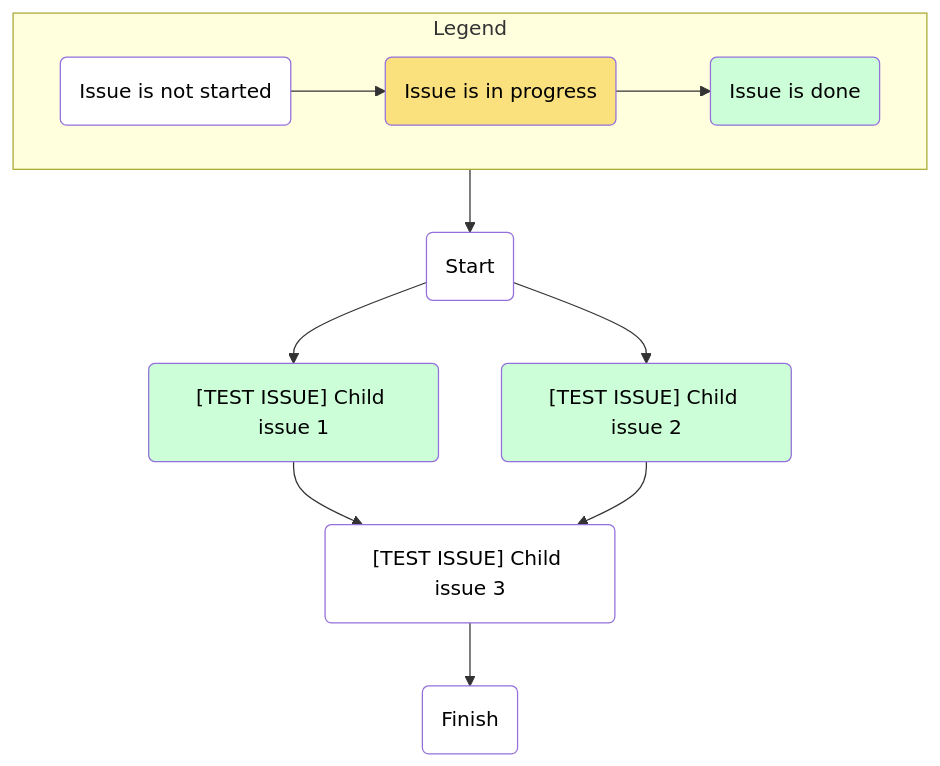
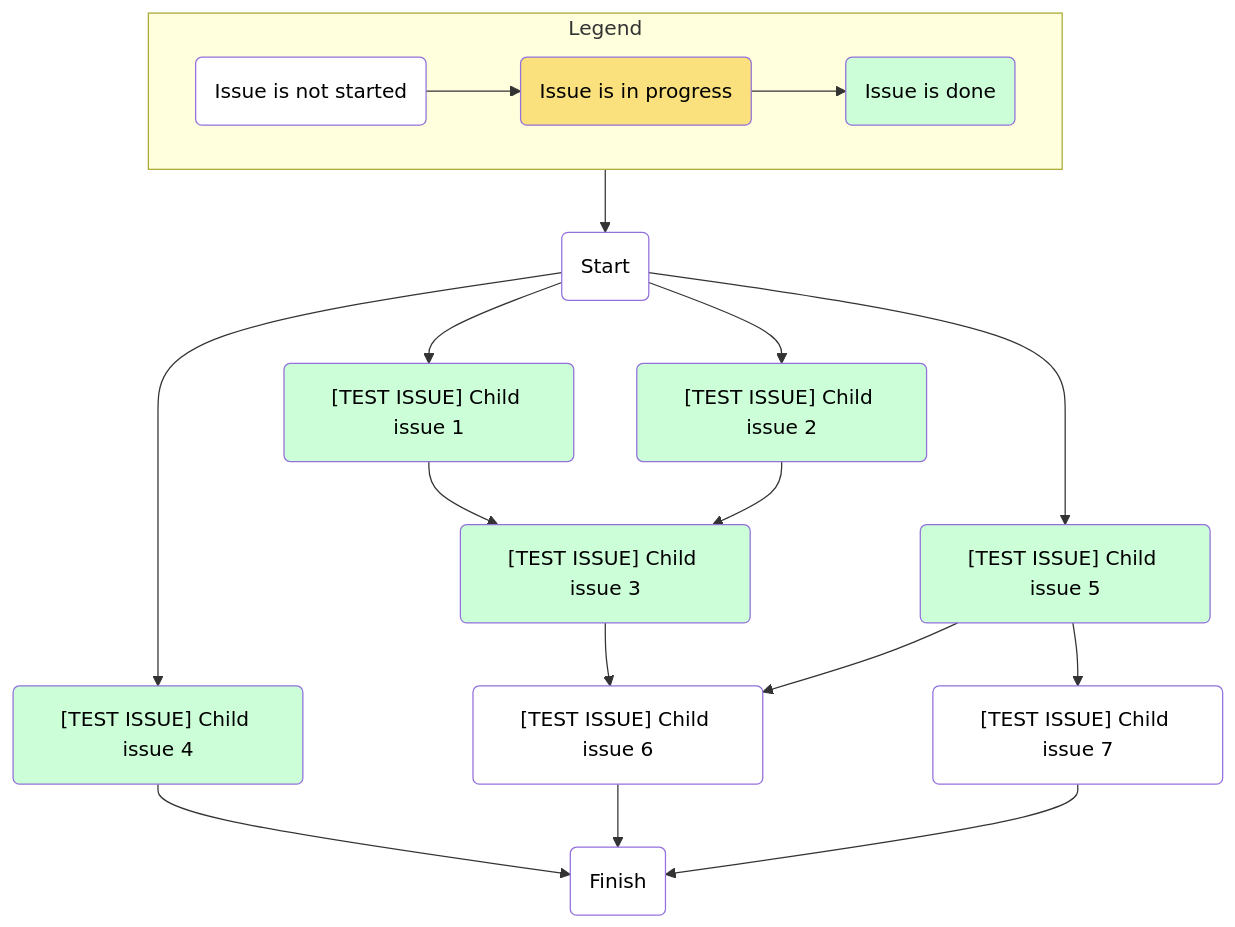
One commit to maxim-lobanov/build-issue-dependencies-graph changed the diagram in README.md. Above: the diagram before and after it, drawn with Mermaid. The commit also changed other lines of this file and 1 other file, not shown here.

````diff
--- a/README.md
+++ b/README.md
@@ -127,54 +133,73 @@
 ```mermaid
 flowchart TD
 
 %% <Legend>
 legend --> start
 subgraph legend["Legend"]
     direction LR;
     notstarted("Issue is not started"):::notstarted;
     started("Issue is in progress"):::started;
     completed("Issue is done"):::completed;
     notstarted --> started --> completed;
 end
 
 %% </Legend>
 
 
 %% <CSS>
 
 classDef notstarted fill:#FFF,color:#000;
 classDef started fill:#fae17d,color:#000;
 classDef completed fill:#ccffd8,color:#000;
 
 %% </CSS>
 
 
 %% <Issues>
 
 start("Start"):::notstarted;
 
 issue1488484564("[TEST ISSUE] Child issue 1"):::completed;
 click issue1488484564 href "https://github.com/maxim-lobanov/build-issue-dependencies-graph/issues/2" _blank;
 
 issue1488484695("[TEST ISSUE] Child issue 2"):::completed;
 click issue1488484695 href "https://github.com/maxim-lobanov/build-issue-dependencies-graph/issues/3" _blank;
 
-issue1488484833("[TEST ISSUE] Child issue 3"):::notstarted;
+issue1488484833("[TEST ISSUE] Child issue 3"):::completed;
 click issue1488484833 href "https://github.com/maxim-lobanov/build-issue-dependencies-graph/issues/4" _blank;
+
+issue1524488391("[TEST ISSUE] Child issue 4"):::completed;
+click issue1524488391 href "https://github.com/maxim-lobanov/build-issue-dependencies-graph/issues/5" _blank;
+
+issue1524488450("[TEST ISSUE] Child issue 5"):::completed;
+click issue1524488450 href "https://github.com/maxim-lobanov/build-issue-dependencies-graph/issues/6" _blank;
+
+issue1524488472("[TEST ISSUE] Child issue 6"):::notstarted;
+click issue1524488472 href "https://github.com/maxim-lobanov/build-issue-dependencies-graph/issues/7" _blank;
+
+issue1524488513("[TEST ISSUE] Child issue 7"):::notstarted;
+click issue1524488513 href "https://github.com/maxim-lobanov/build-issue-dependencies-graph/issues/8" _blank;
 
 finish("Finish"):::notstarted;
 
 %% </Issues>
 
 
 %% <Dependencies>
 
 start --> issue1488484564;
 start --> issue1488484695;
+start --> issue1524488391;
+start --> issue1524488450;
 issue1488484564 --> issue1488484833;
 issue1488484695 --> issue1488484833;
-issue1488484833 --> finish;
+issue1488484833 --> issue1524488472;
+issue1524488450 --> issue1524488472;
+issue1524488450 --> issue1524488513;
+issue1524488391 --> finish;
+issue1524488472 --> finish;
+issue1524488513 --> finish;
 
 %% </Dependencies>
 
 ```
````
